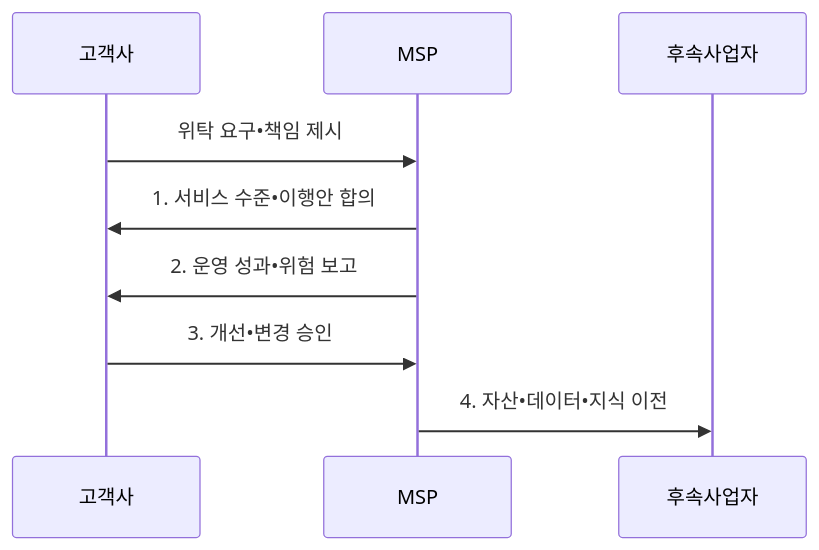
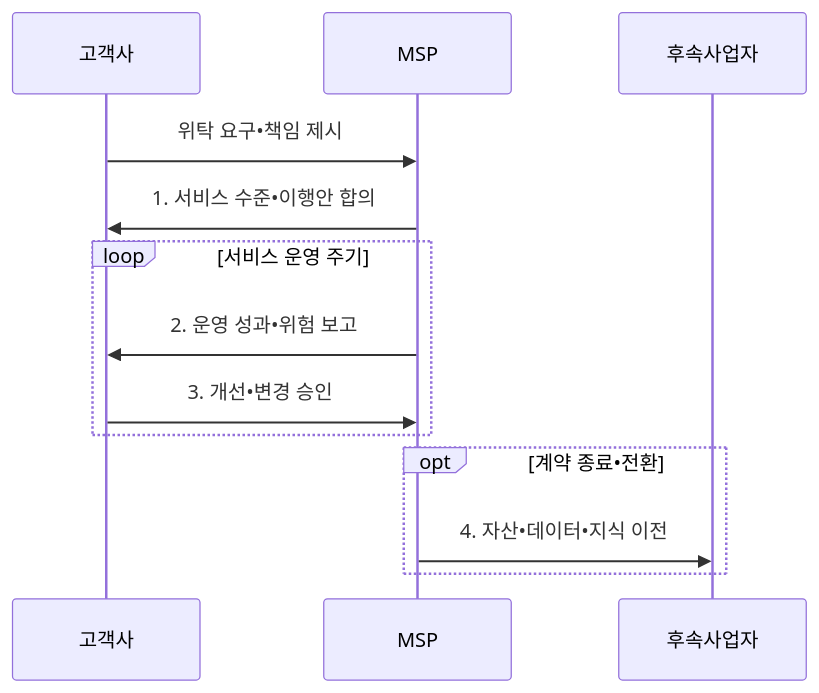
The second of 2 diagrams in src/content/docs/notes/07-law-policy/014_it_outsourcing_msp.md (agnusdei1207/knowledge-base), drawn with Mermaid before and after one commit. The commit also changed other lines of this file and 18 other files, not shown here.

````diff
--- a/src/content/docs/notes/07-law-policy/014_it_outsourcing_msp.md
+++ b/src/content/docs/notes/07-law-policy/014_it_outsourcing_msp.md
@@ -104,11 +104,15 @@
 ```mermaid
 sequenceDiagram
     participant C as 고객사
     participant M as MSP
     participant N as 후속사업자
     C->>M: 위탁 요구•책임 제시
     M->>C: 1. 서비스 수준•이행안 합의
-    M->>C: 2. 운영 성과•위험 보고
-    C->>M: 3. 개선•변경 승인
-    M->>N: 4. 자산•데이터•지식 이전
+    loop 서비스 운영 주기
+        M->>C: 2. 운영 성과•위험 보고
+        C->>M: 3. 개선•변경 승인
+    end
+    opt 계약 종료•전환
+        M->>N: 4. 자산•데이터•지식 이전
+    end
 ```
````
